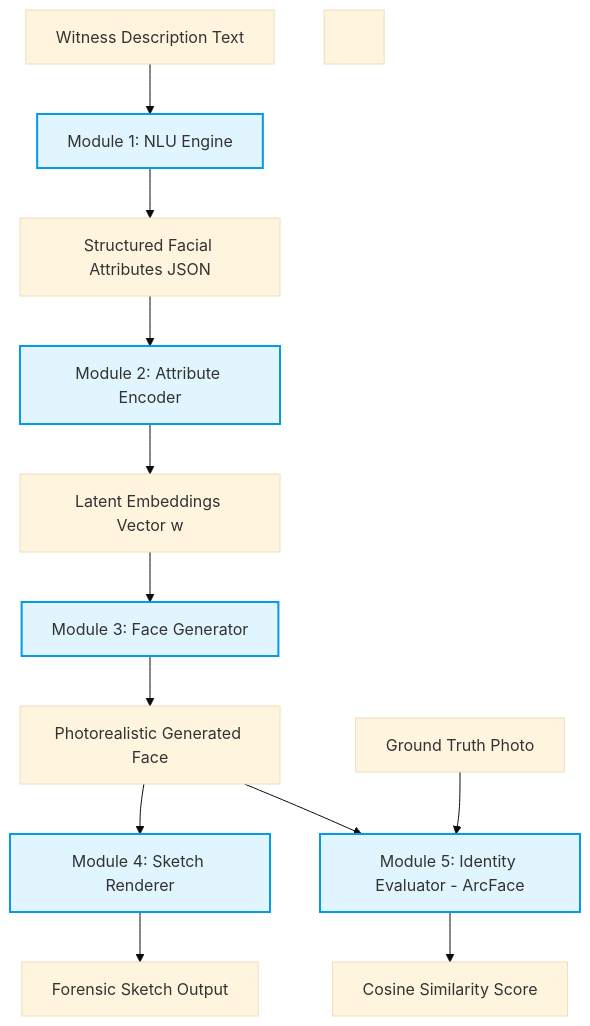
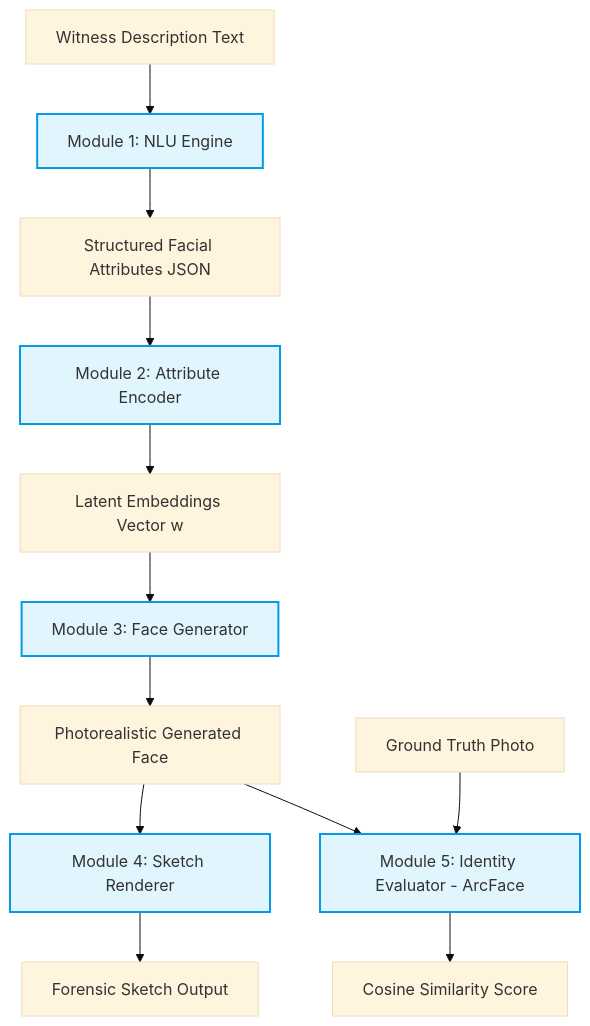
One commit to Tusharkanta407/forensic-sketch-research changed the diagram in architecture/system-architecture.mmd. Above: the diagram before and after it, drawn with Mermaid (base theme). The commit also changed 17 other files, not shown here.

```diff
--- a/architecture/system-architecture.mmd
+++ b/architecture/system-architecture.mmd
@@ -1,18 +1,21 @@
+%% IMPORTANT: This is the demo architecture showing how you can write in the MMD file.
+%% You must follow this rule and write like this.
+
 graph TD
     %% System Architecture Diagram
     Witness[Witness Description Text] --> NLP[Module 1: NLU Engine]
     NLP --> JSON[Structured Facial Attributes JSON]
     JSON --> Enc[Module 2: Attribute Encoder]
     Enc --> Latent[Latent Embeddings Vector w]
     Latent --> Gen[Module 3: Face Generator]
     Gen --> Photo[Photorealistic Generated Face]
     Photo --> Render[Module 4: Sketch Renderer]
     Render --> Sketch[Forensic Sketch Output]
     
     %% Verification Loop
     Photo --> Eval[Module 5: Identity Evaluator - ArcFace]
     GTPhoto[Ground Truth Photo] --> Eval
     Eval --> CosSim[Cosine Similarity Score]
     
     classDef module fill:#e1f5fe,stroke:#039be5,stroke-width:2px;
-    class NLP,Enc,Gen,Render,Eval module;\n
+    class NLP,Enc,Gen,Render,Eval module;
```
